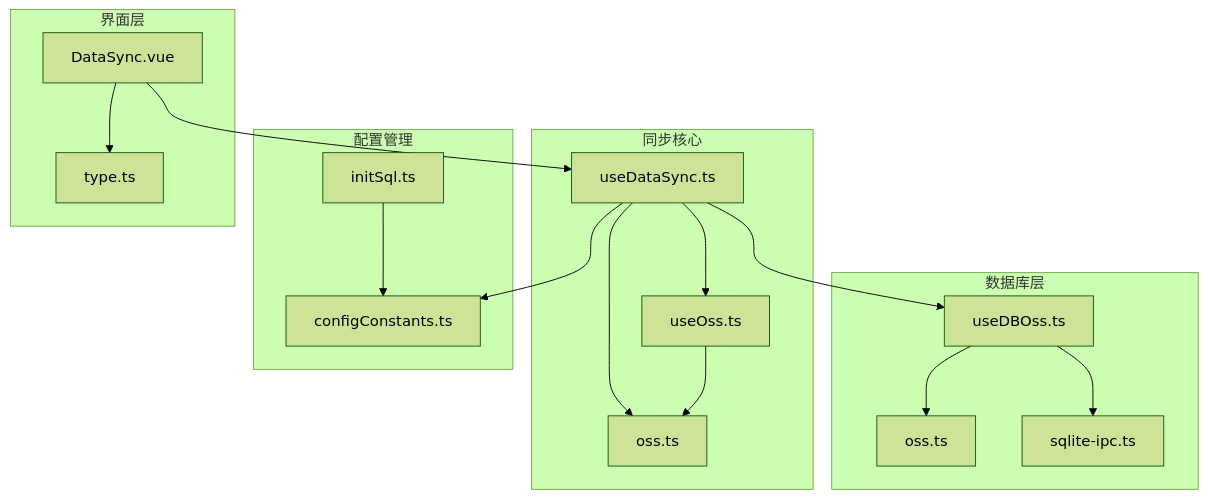
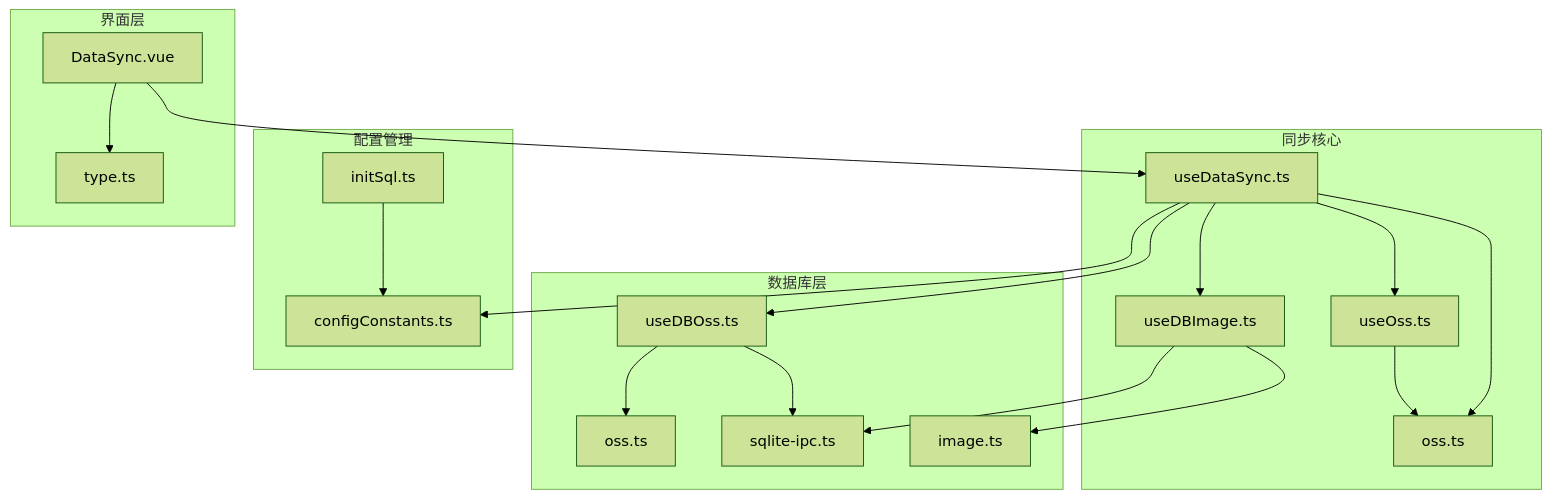
Diagram 12 of 14 in .qoder/repowiki/zh/content/API参考手册/业务逻辑API/数据同步API.md (scgithub3220216/password-manager), drawn with Mermaid (forest theme) before and after one commit. The commit also changed other lines of this file and 15 other files, not shown here.

First line of the commit message:
feat(sync): 增强数据同步以支持图像数据管理

````diff
--- a/.qoder/repowiki/zh/content/API参考手册/业务逻辑API/数据同步API.md
+++ b/.qoder/repowiki/zh/content/API参考手册/业务逻辑API/数据同步API.md
@@ -411,31 +506,36 @@
 ```mermaid
 graph TB
 subgraph "同步核心"
 useDataSync[useDataSync.ts]
 useOss[useOss.ts]
 ossStore[oss.ts]
+useDBImage[useDBImage.ts]
 end
 subgraph "数据库层"
 useDBOss[useDBOss.ts]
 ossMapper[oss.ts]
 sqliteIPC[sqlite-ipc.ts]
+imageMapper[image.ts]
 end
 subgraph "配置管理"
 configConst[configConstants.ts]
 initSql[initSql.ts]
 end
 subgraph "界面层"
 dataSyncUI[DataSync.vue]
 typeDef[type.ts]
 end
 useDataSync --> useOss
 useDataSync --> ossStore
 useDataSync --> useDBOss
+useDataSync --> useDBImage
 useOss --> ossStore
 useDBOss --> sqliteIPC
 useDBOss --> ossMapper
+useDBImage --> sqliteIPC
+useDBImage --> imageMapper
 useDataSync --> configConst
 initSql --> configConst
 dataSyncUI --> useDataSync
 dataSyncUI --> typeDef
 ```
````
